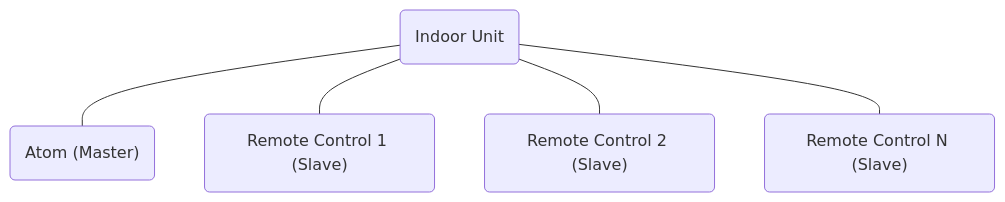
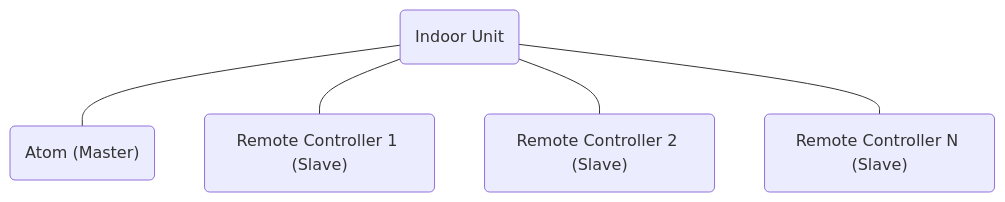
One commit to FOSV/Fuji-Atom-Interface changed the second of 3 diagrams in README.md. Above: the diagram before and after it, drawn with Mermaid. The commit also changed other lines of this file, not shown here.

````diff
--- a/README.md
+++ b/README.md
@@ -79,7 +79,7 @@
 ```mermaid
 graph TD;
     A(Indoor Unit)---B("Atom (Master)");
-    A---C("Remote Control 1 (Slave)");
-    A---D("Remote Control 2 (Slave)");
-    A---E("Remote Control N (Slave)");
+    A---C("Remote Controller 1 (Slave)");
+    A---D("Remote Controller 2 (Slave)");
+    A---E("Remote Controller N (Slave)");
 ```
````
